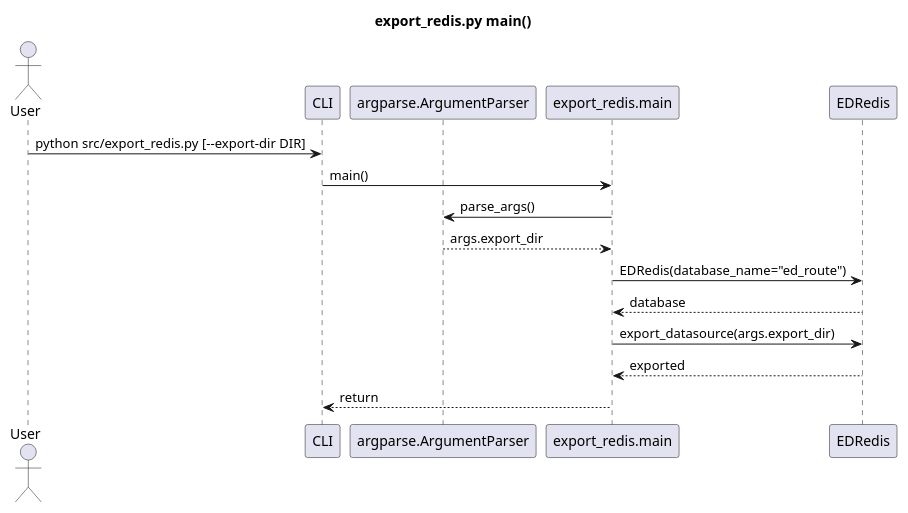
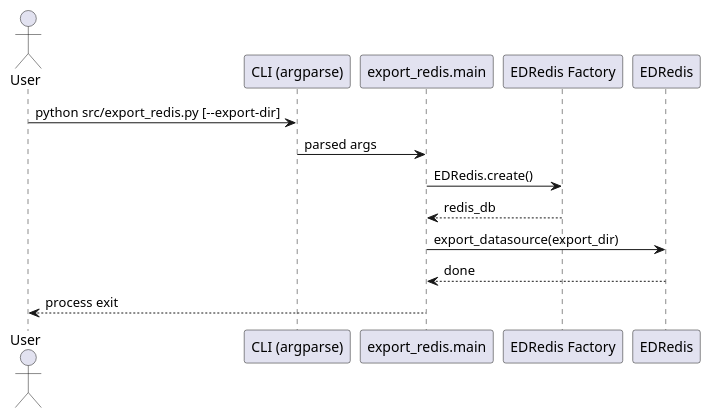
The second of 4 diagrams in docs/datastore_transfer_sequences.puml (fazleskhan/elite_dangerous_discord_tools), drawn with PlantUML before and after one commit. The commit also changed other lines of this file and 30 other files, not shown here.

Commit message:
updated code comments, README.md, and sequence diagrams. Added new sequence diagrams for the initialization of EDRouteService in both discord_bot.py and main.py. blacked the source

```diff
--- a/docs/datastore_transfer_sequences.puml
+++ b/docs/datastore_transfer_sequences.puml
@@ -21,19 +17,15 @@
-@startuml Export Redis Sequence Diagram
-title export_redis.py main()
+@startuml export_redis
+actor User
+participant "CLI (argparse)" as CLI
+participant "export_redis.main" as Main
+participant "EDRedis Factory" as RedisFactory
+participant "EDRedis" as RedisDB
 
-actor User
-participant "CLI" as CLI
-participant "argparse.ArgumentParser" as Parser
-participant "export_redis.main" as Main
-participant "EDRedis" as Redis
-
-User -> CLI: python src/export_redis.py [--export-dir DIR]
-CLI -> Main: main()
-Main -> Parser: parse_args()
-Parser --> Main: args.export_dir
-Main -> Redis: EDRedis(database_name="ed_route")
-Redis --> Main: database
-Main -> Redis: export_datasource(args.export_dir)
-Redis --> Main: exported
-Main --> CLI: return
+User -> CLI : python src/export_redis.py [--export-dir]
+CLI -> Main : parsed args
+Main -> RedisFactory : EDRedis.create()
+RedisFactory --> Main : redis_db
+Main -> RedisDB : export_datasource(export_dir)
+RedisDB --> Main : done
+Main --> User : process exit
 @enduml
```
